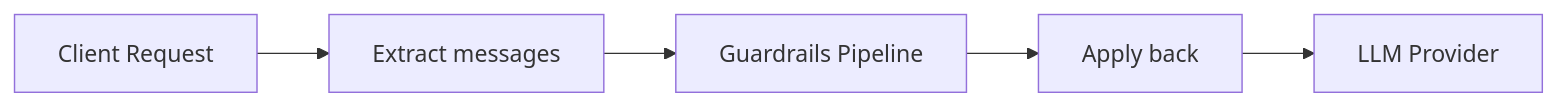
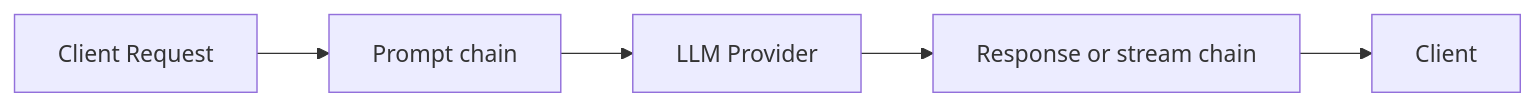
Before and after one commit to ENTERPILOT/GoModel: the first of 2 diagrams in docs/advanced/guardrails.mdx, drawn with Mermaid. The commit also changed other lines of this file and 255 other files, not shown here.

````diff
--- a/docs/advanced/guardrails.mdx
+++ b/docs/advanced/guardrails.mdx
@@ -71,7 +80,7 @@
 ```mermaid
 flowchart LR
-    A[Client Request] --> B[Extract messages]
-    B --> C[Guardrails Pipeline]
-    C --> D[Apply back]
-    D --> E[LLM Provider]
+    A[Client Request] --> B[Prompt chain]
+    B --> C[LLM Provider]
+    C --> D[Response or stream chain]
+    D --> E[Client]
 ```
````
